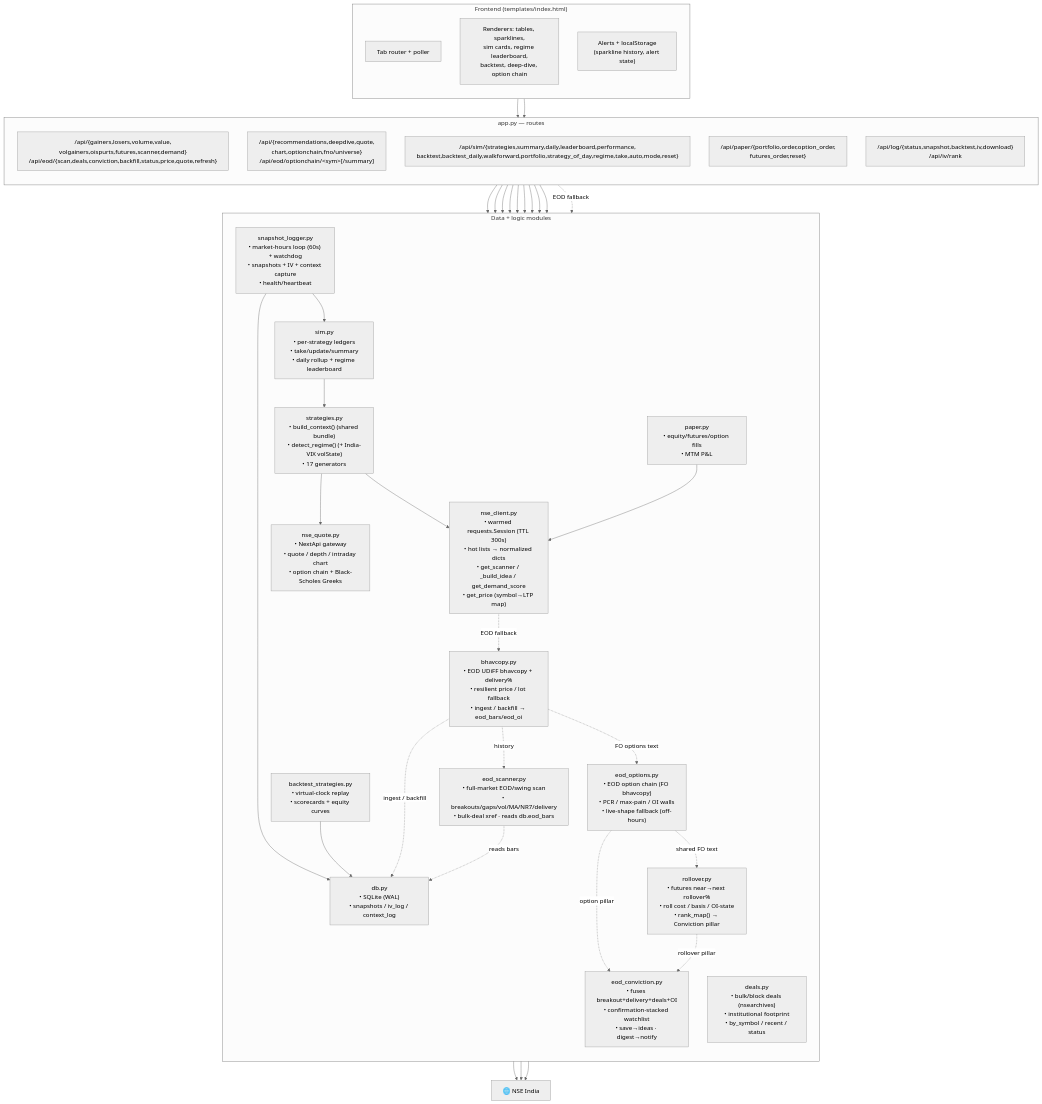
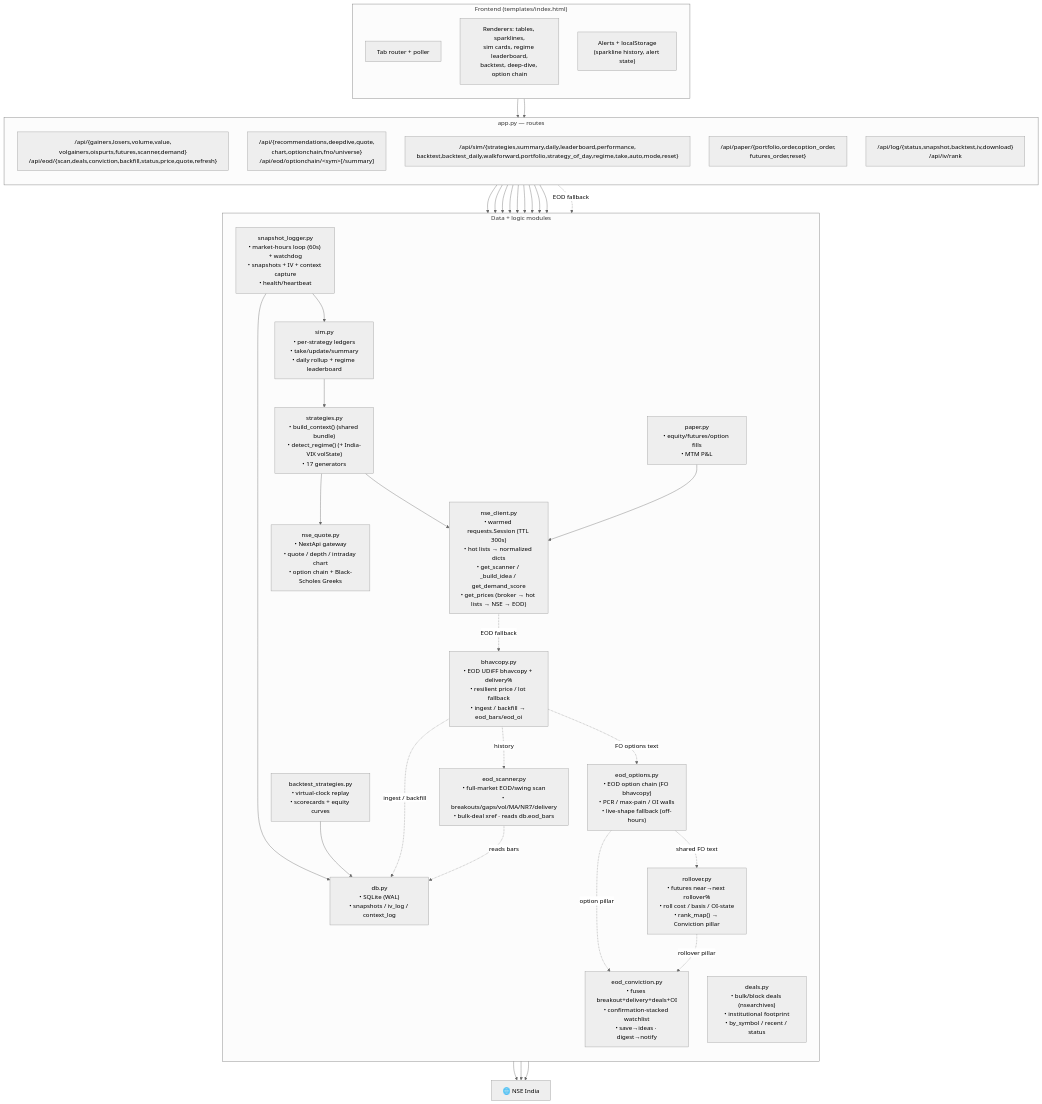
Before and after one commit to aakash-jain-1/nse-market-pulse: the third of 8 diagrams in README.md, drawn with Mermaid (neutral theme). The commit also changed other lines of this file and 13 other files, not shown here.

First line of the commit message:
Price paper fills / get_price / sim MTM broker-first; 875 -> 894 tests

````diff
--- a/README.md
+++ b/README.md
@@ -256,64 +261,64 @@
 ```mermaid
 flowchart TB
     subgraph FE["Frontend (templates/index.html)"]
         direction TB
         TABS["Tab router + poller"]
         REND["Renderers: tables, sparklines,<br/>sim cards, regime leaderboard,<br/>backtest, deep-dive, option chain"]
         ALERT["Alerts + localStorage<br/>(sparkline history, alert state)"]
     end
 
     subgraph API["app.py — routes"]
         direction TB
         R1["/api/{gainers,losers,volume,value,<br/>volgainers,oispurts,futures,scanner,demand}<br/>/api/eod/{scan,deals,conviction,backfill,status,price,quote,refresh}"]
         R2["/api/{recommendations,deepdive,quote,<br/>chart,optionchain,fno/universe}<br/>/api/eod/optionchain/&lt;sym&gt;[/summary]"]
         R3["/api/sim/{strategies,summary,daily,leaderboard,performance,<br/>backtest,backtest_daily,walkforward,portfolio,strategy_of_day,regime,take,auto,mode,reset}"]
         R4["/api/paper/{portfolio,order,option_order,<br/>futures_order,reset}"]
         R5["/api/log/{status,snapshot,backtest,iv,download}<br/>/api/iv/rank"]
     end
 
     subgraph DATA["Data + logic modules"]
         direction TB
-        NC["nse_client.py<br/>• warmed requests.Session (TTL 300s)<br/>• hot lists → normalized dicts<br/>• get_scanner / _build_idea / get_demand_score<br/>• get_price (symbol→LTP map)"]
+        NC["nse_client.py<br/>• warmed requests.Session (TTL 300s)<br/>• hot lists → normalized dicts<br/>• get_scanner / _build_idea / get_demand_score<br/>• get_prices (broker → hot lists → NSE → EOD)"]
         NQ["nse_quote.py<br/>• NextApi gateway<br/>• quote / depth / intraday chart<br/>• option chain + Black-Scholes Greeks"]
         BC["bhavcopy.py<br/>• EOD UDiFF bhavcopy + delivery%<br/>• resilient price / lot fallback<br/>• ingest / backfill → eod_bars/eod_oi"]
         DL["deals.py<br/>• bulk/block deals (nsearchives)<br/>• institutional footprint<br/>• by_symbol / recent / status"]
         ES["eod_scanner.py<br/>• full-market EOD/swing scan<br/>• breakouts/gaps/vol/MA/NR7/delivery<br/>• bulk-deal xref · reads db.eod_bars"]
         CV["eod_conviction.py<br/>• fuses breakout+delivery+deals+OI<br/>• confirmation-stacked watchlist<br/>• save→ideas · digest→notify"]
         EO["eod_options.py<br/>• EOD option chain (FO bhavcopy)<br/>• PCR / max-pain / OI walls<br/>• live-shape fallback (off-hours)"]
         RO["rollover.py<br/>• futures near→next rollover%<br/>• roll cost / basis / OI-state<br/>• rank_map() → Conviction pillar"]
         ST["strategies.py<br/>• build_context() (shared bundle)<br/>• detect_regime() (+ India-VIX volState)<br/>• 17 generators"]
         SM["sim.py<br/>• per-strategy ledgers<br/>• take/update/summary<br/>• daily rollup + regime leaderboard"]
         BK["backtest_strategies.py<br/>• virtual-clock replay<br/>• scorecards + equity curves"]
         PP["paper.py<br/>• equity/futures/option fills<br/>• MTM P&L"]
         SL["snapshot_logger.py<br/>• market-hours loop (60s) + watchdog<br/>• snapshots + IV + context capture<br/>• health/heartbeat"]
         DBM["db.py<br/>• SQLite (WAL)<br/>• snapshots / iv_log / context_log"]
     end
 
     NSEAPI["🌐 NSE India"]
 
     TABS --> API
     REND --> API
     R1 --> NC
     R2 --> NC & NQ
     R3 --> SM & BK & ST
     R4 --> PP
     R5 --> SL
     NC --> NSEAPI
     NQ --> NSEAPI
     ST --> NC & NQ
     SM --> ST
     SL --> SM & DBM
     BK --> DBM
     PP --> NC
     NC -.EOD fallback.-> BC
     BC --> NSEAPI
     BC -.ingest / backfill.-> DBM
     R1 --> ES
     ES -.reads bars.-> DBM
     BC -.history.-> ES
     R2 -.EOD fallback.-> EO
     BC -.FO options text.-> EO
     EO -.shared FO text.-> RO
     EO -.option pillar.-> CV
     RO -.rollover pillar.-> CV
 ```
````
